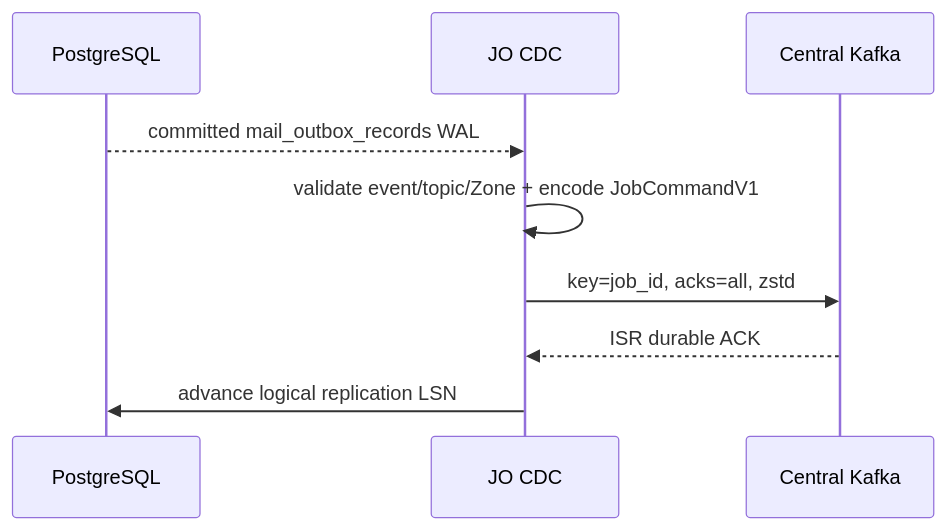
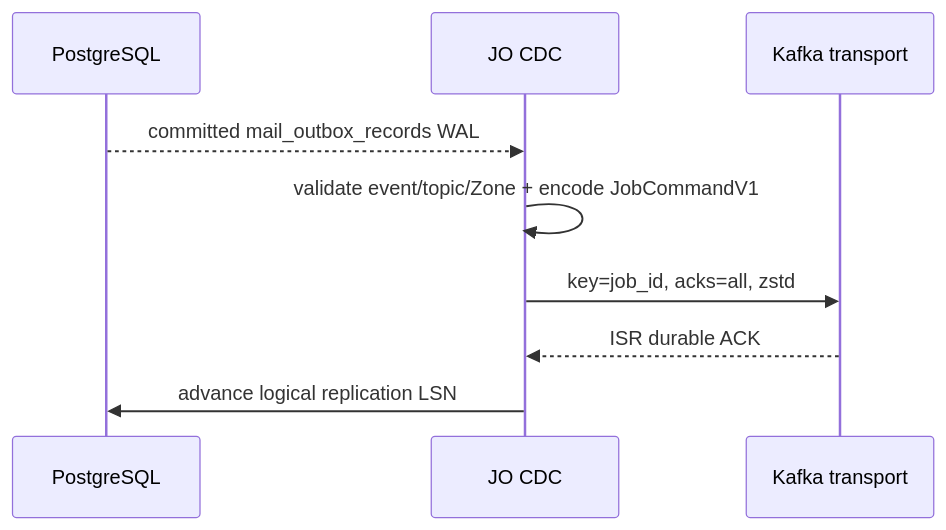
One commit to phucle996/aurora changed the second of 5 diagrams in god_view/mail/mail_configuration_projection_god_view.md. Above: the diagram before and after it, drawn with Mermaid. The commit also changed other lines of this file and 137 other files, not shown here.

````diff
--- a/god_view/mail/mail_configuration_projection_god_view.md
+++ b/god_view/mail/mail_configuration_projection_god_view.md
@@ -62,12 +62,12 @@
 ```mermaid
 sequenceDiagram
     participant PG as PostgreSQL
     participant JO as JO CDC
-    participant K as Central Kafka
+    participant K as Kafka transport
 
     PG-->>JO: committed mail_outbox_records WAL
     JO->>JO: validate event/topic/Zone + encode JobCommandV1
     JO->>K: key=job_id, acks=all, zstd
     K-->>JO: ISR durable ACK
     JO->>PG: advance logical replication LSN
 ```
````
